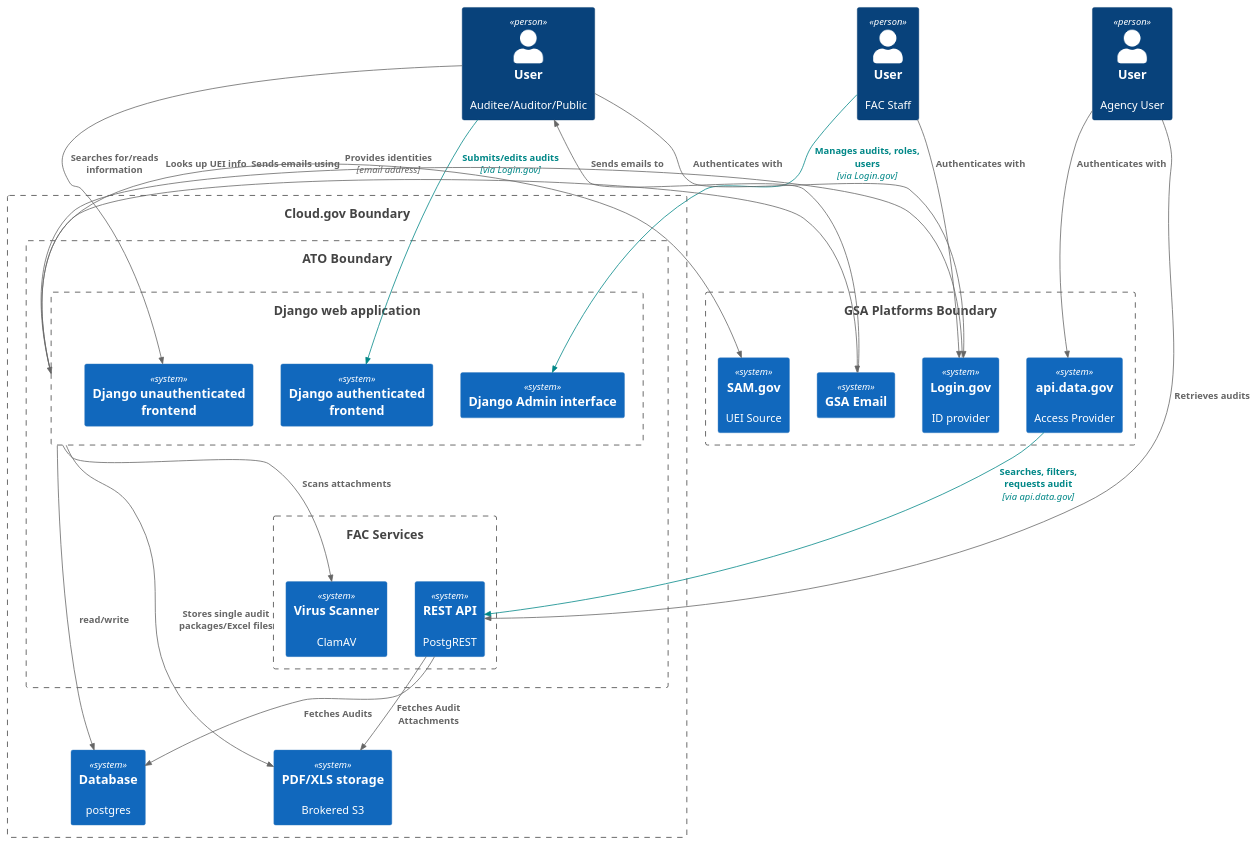
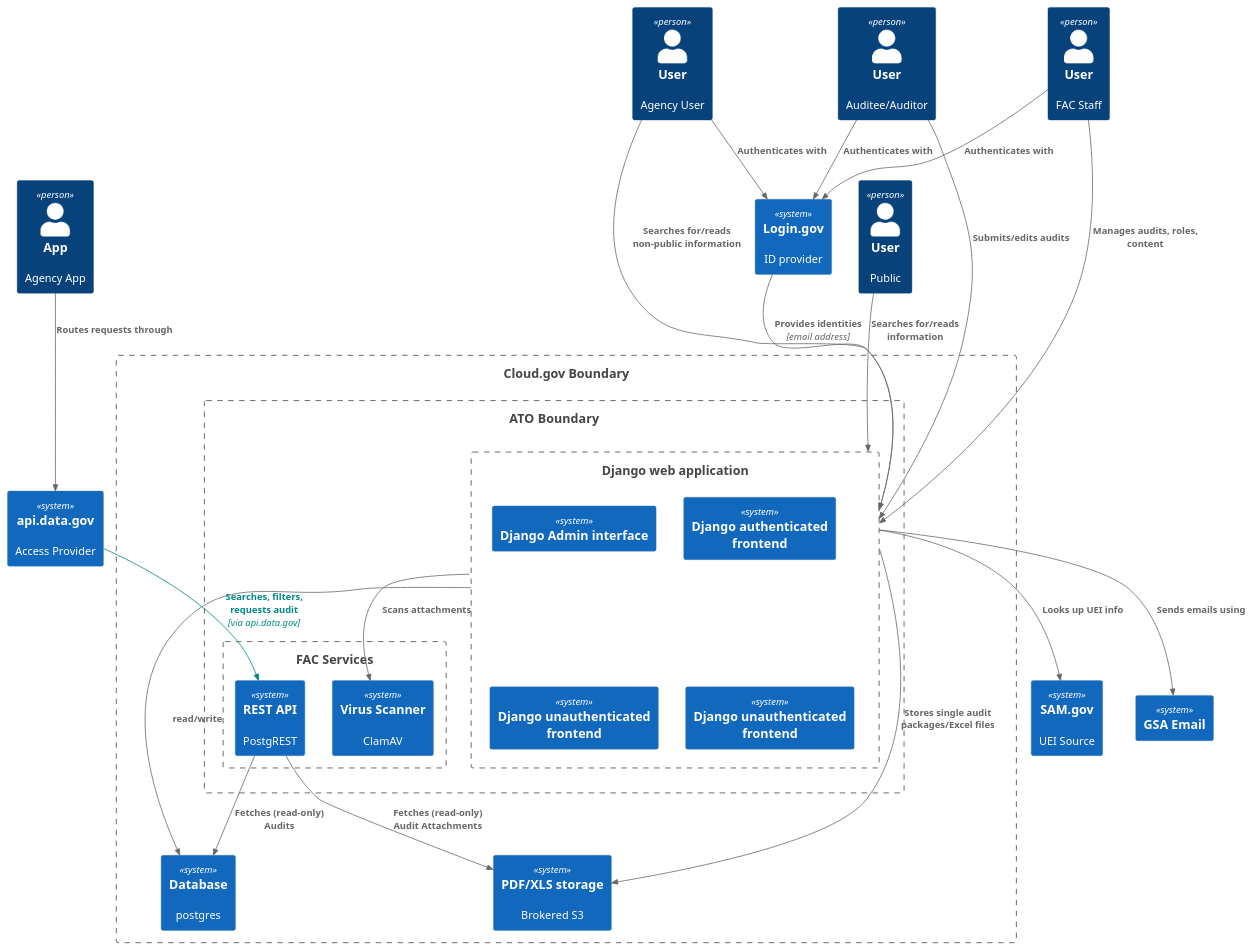
One commit to GSA-TTS/FAC changed the diagram in docs/architecture/diagrams/src/fac_system_context_unified.puml. Above: the diagram before and after it, drawn with PlantUML. The commit also changed 1 other file, not shown here.

Commit message:
Simplify arch diagram

```diff
--- a/docs/architecture/diagrams/src/fac_system_context_unified.puml
+++ b/docs/architecture/diagrams/src/fac_system_context_unified.puml
@@ -1,55 +1,60 @@
 @startuml FAC_System_Context_unified
 !include https://raw.githubusercontent.com/plantuml-stdlib/C4-PlantUML/master/C4_Container.puml
 
-Person(User, "User", "Auditee/Auditor/Public")
+Person(User, "User", "Auditee/Auditor")
+Person(Public, "User", "Public")
 Person(Staff, "User", "FAC Staff")
 Person(Agency, "User", "Agency User")
+Person(AgencyApp, "App", "Agency App")
 
 
 Boundary(cloudgov, "Cloud.gov Boundary") {
     Boundary(atob, "ATO Boundary") {
         Boundary(backend, "Django web application") {
             System(admin, "Django Admin interface")
             System(submissions, "Django authenticated frontend")
             System(publicinfo, "Django unauthenticated frontend")
+            System(pvtinfo, "Django unauthenticated frontend")
+
         }
         Boundary(services, "FAC Services") {
             System(api, "REST API", "PostgREST")
             System(scan, "Virus Scanner", "ClamAV")
         }
     }
     System(db, "Database", "postgres")
     System(s3, "PDF/XLS storage", "Brokered S3")
 }
 
-Boundary(gsaplatforms, "GSA Platforms Boundary") {
     System(Login, "Login.gov", "ID provider")
     System(datagov, "api.data.gov", "Access Provider")
     System(samgov, "SAM.gov", "UEI Source")
     System(Email, "GSA Email")
-}
+
 
 AddRelTag("authenticated", $lineColor="#008787", $textColor="#008787")
-Rel(User, submissions, "Submits/edits audits", "via Login.gov", $tags="authenticated")
-Rel(User, publicinfo, "Searches for/reads information")
-Rel(Staff, admin, "Manages audits, roles, users", "via Login.gov", $tags="authenticated")
-Rel(Agency, api, "Retrieves audits")
+Rel(User, backend, "Submits/edits audits")
+Rel(Public, backend, "Searches for/reads information")
+Rel(Agency, backend, "Searches for/reads non-public information")
+Rel(Staff, backend, "Manages audits, roles, content")
 
 Rel(User, Login, "Authenticates with")
-Rel(Agency, datagov, "Authenticates with")
 Rel(Staff, Login, "Authenticates with")
+Rel(Agency, Login, "Authenticates with")
+Rel(AgencyApp, datagov, "Routes requests through")
 
-Rel(backend, Email, "Sends emails using")
-Rel(Email, User, "Sends emails to")
+
 
 Rel(datagov, api, "Searches, filters, requests audit", "via api.data.gov", $tags="authenticated")
 Rel(Login, backend, "Provides identities", "email address")
-Rel(api, db, "Fetches Audits")
-Rel(api, s3, "Fetches Audit Attachments")
+
+Rel(api, db, "Fetches (read-only) Audits")
+Rel(api, s3, "Fetches (read-only) Audit Attachments")
 
 Rel(backend, samgov, "Looks up UEI info")
+Rel(backend, Email, "Sends emails using")
 Rel(backend, scan, "Scans attachments")
 Rel(backend, db, "read/write")
 Rel(backend, s3, "Stores single audit packages/Excel files")
 
 @enduml
```
